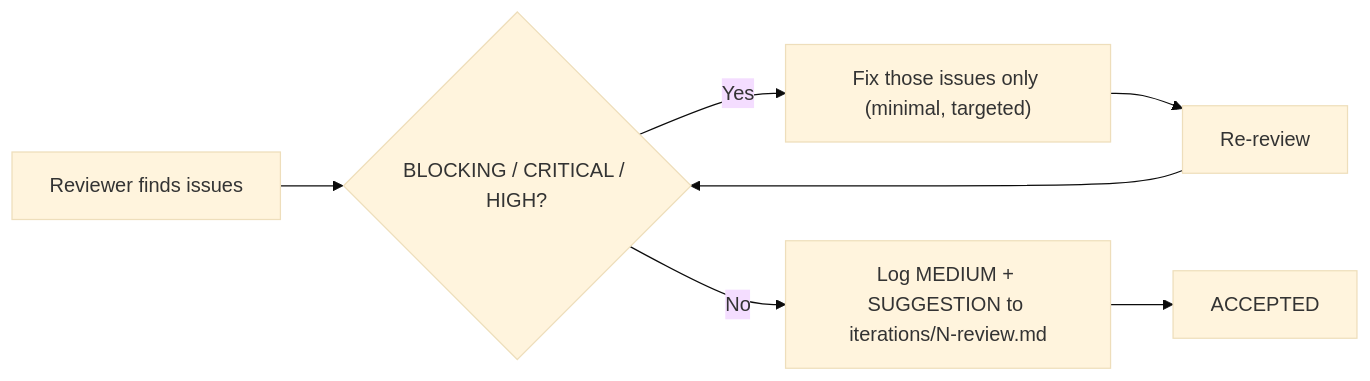
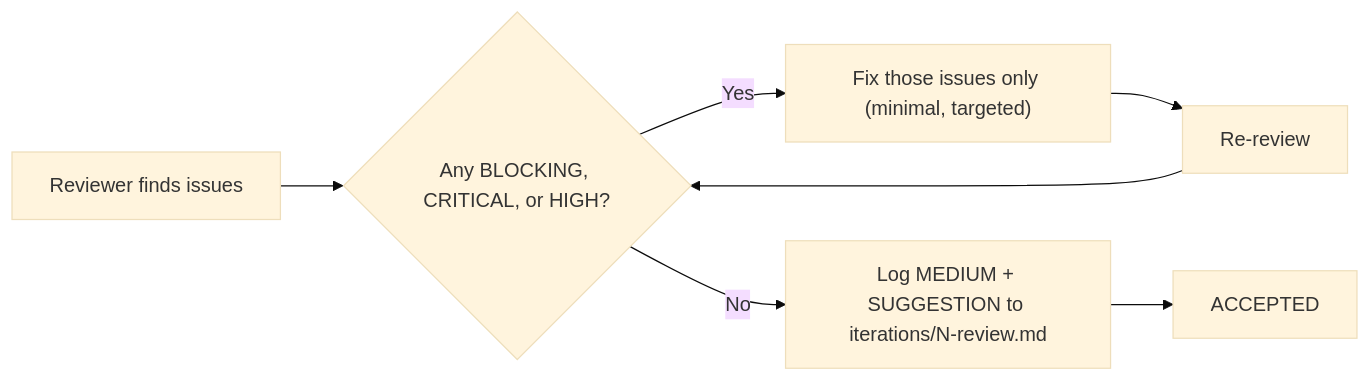
Before and after one commit to Nayeem170/KoThok: the fifth of 9 diagrams in docs/AGENTIC_PIPELINE.md, drawn with Mermaid (base theme). The commit also changed other lines of this file, not shown here.

````diff
--- a/docs/AGENTIC_PIPELINE.md
+++ b/docs/AGENTIC_PIPELINE.md
@@ -243,9 +338,9 @@
 ```mermaid
 flowchart LR
-    I["Reviewer finds issues"] --> B{"BLOCKING / CRITICAL / HIGH?"}
+    I["Reviewer finds issues"] --> B{"Any BLOCKING, CRITICAL, or HIGH?"}
     B -- Yes --> FIX["Fix those issues only (minimal, targeted)"]
     FIX --> RE2["Re-review"]
     B -- No --> LOG["Log MEDIUM + SUGGESTION to iterations/N-review.md"]
     LOG --> ACC["ACCEPTED"]
     RE2 --> B
 ```
````
